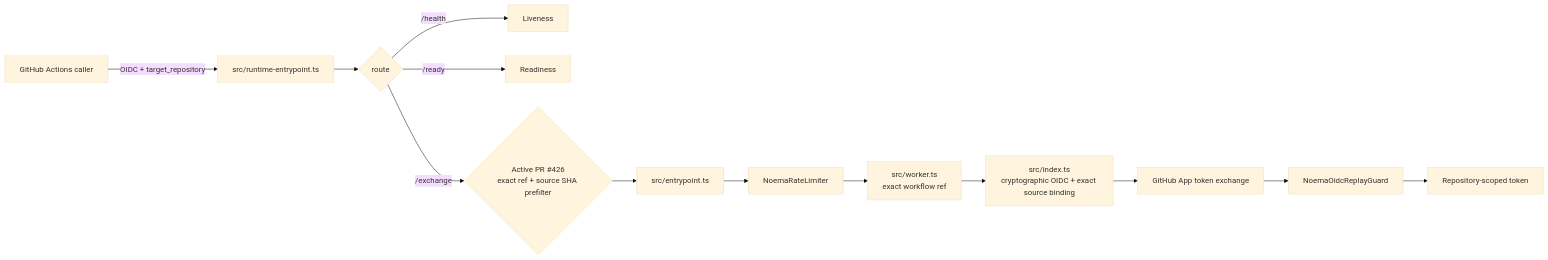
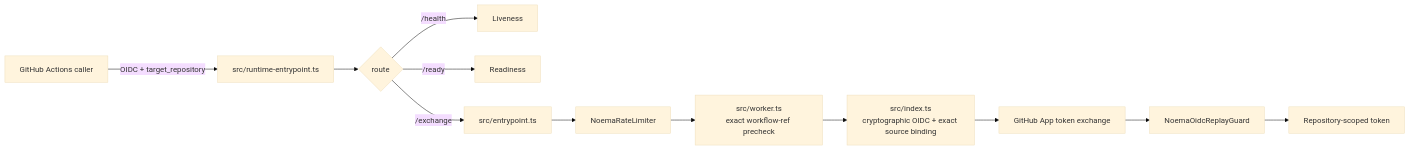
Before and after one commit to ContextualWisdomLab/noema: the diagram in ARCHITECTURE.md, drawn with Mermaid (base theme). The commit also changed other lines of this file and 115 other files, not shown here.

First line of the commit message:
fix(oidc): reject non-canonical workflow source configuration (#505)

````diff
--- a/ARCHITECTURE.md
+++ b/ARCHITECTURE.md
@@ -37,15 +39,14 @@
 ```mermaid
 flowchart LR
   A[GitHub Actions caller] -->|OIDC + target_repository| B[src/runtime-entrypoint.ts]
   B --> C{route}
   C -->|/health| H[Liveness]
   C -->|/ready| R[Readiness]
-  C -->|/exchange| S{Active PR #426\nexact ref + source SHA prefilter}
-  S --> E[src/entrypoint.ts]
+  C -->|/exchange| E[src/entrypoint.ts]
   E --> L[NoemaRateLimiter]
-  L --> W[src/worker.ts\nexact workflow ref]
+  L --> W[src/worker.ts\nexact workflow-ref precheck]
   W --> O[src/index.ts\ncryptographic OIDC + exact source binding]
   O --> G[GitHub App token exchange]
   G --> P[NoemaOidcReplayGuard]
   P --> T[Repository-scoped token]
 ```
````
